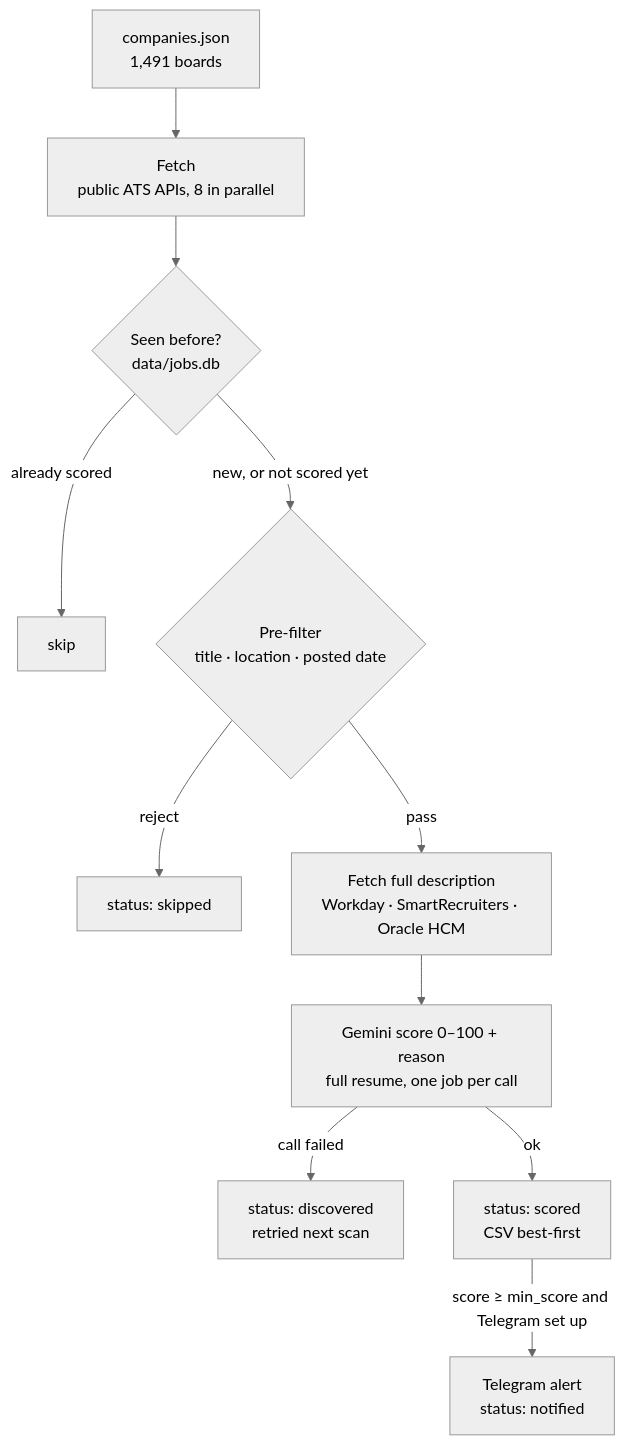
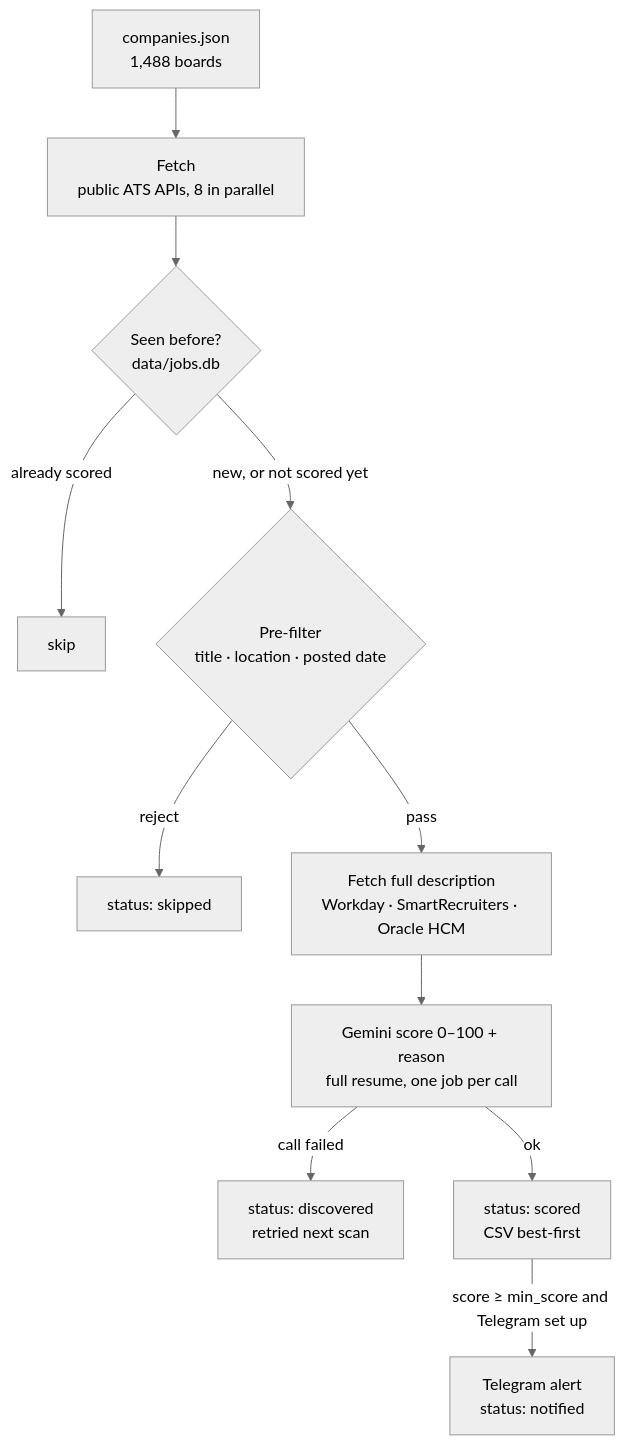
Before and after one commit to Manish814142/rolesight: the diagram in README.md, drawn with Mermaid (neutral theme). The commit also changed other lines of this file and 4 other files, not shown here.

First line of the commit message:
T116: drop three aggregators (Jobs for Humanity, Jobs for Lebanon, Eram Talent); companies.json 1,491 -> 1,488

````diff
--- a/README.md
+++ b/README.md
@@ -85,13 +85,13 @@
 ```mermaid
 flowchart TD
-    C["companies.json<br/>1,491 boards"] --> F["Fetch<br/>public ATS APIs, 8 in parallel"]
+    C["companies.json<br/>1,488 boards"] --> F["Fetch<br/>public ATS APIs, 8 in parallel"]
     F --> D{"Seen before?<br/>data/jobs.db"}
     D -- "already scored" --> X["skip"]
     D -- "new, or not scored yet" --> P{"Pre-filter<br/>title · location · posted date"}
     P -- reject --> S["status: skipped"]
     P -- pass --> E["Fetch full description<br/>Workday · SmartRecruiters · Oracle HCM"]
     E --> G["Gemini score 0–100 + reason<br/>full resume, one job per call"]
     G -- "call failed" --> R["status: discovered<br/>retried next scan"]
     G -- ok --> O["status: scored<br/>CSV best-first"]
     O -- "score ≥ min_score and Telegram set up" --> T["Telegram alert<br/>status: notified"]
 ```
````
